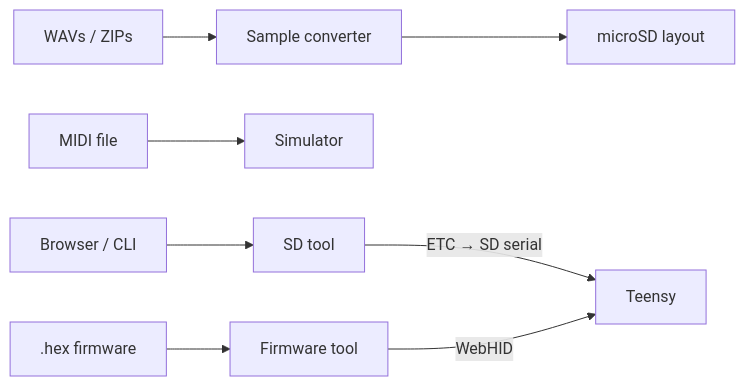
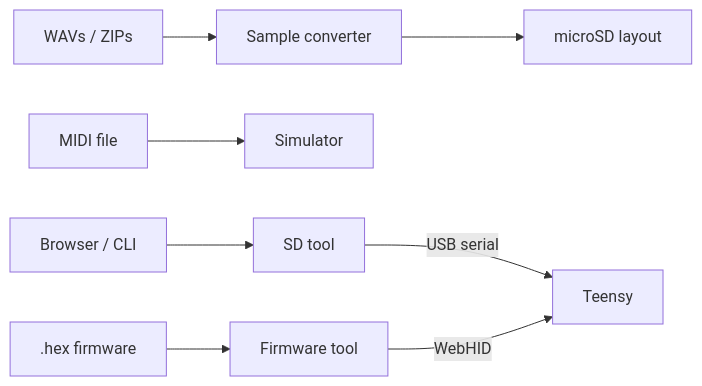
Before and after one commit to Soundpauli/toern: the diagram in devdocs/docs/tools/overview.md, drawn with Mermaid. The commit also changed 233 other files, not shown here.

````diff
--- a/devdocs/docs/tools/overview.md
+++ b/devdocs/docs/tools/overview.md
@@ -30,10 +30,10 @@
 ```mermaid
 flowchart LR
   WAV[WAVs / ZIPs] --> CONV[Sample converter]
   CONV --> SD[microSD layout]
   MID[MIDI file] --> SIM[Simulator]
   HOST[Browser / CLI] --> SDTOOL[SD tool]
-  SDTOOL -->|ETC → SD serial| TEENSY[Teensy]
+  SDTOOL -->|USB serial| TEENSY[Teensy]
   HEX[.hex firmware] --> LOADER[Firmware tool]
   LOADER -->|WebHID| TEENSY
 ```
````
